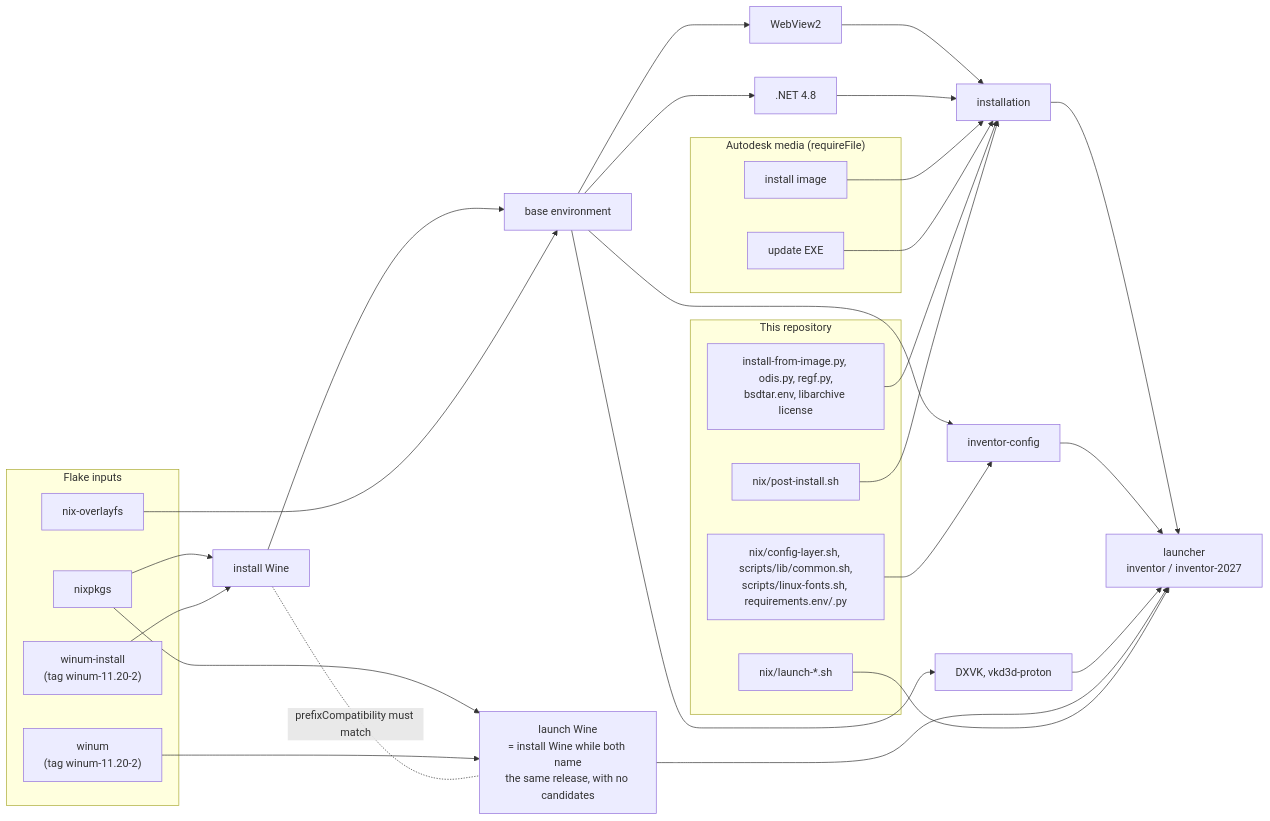
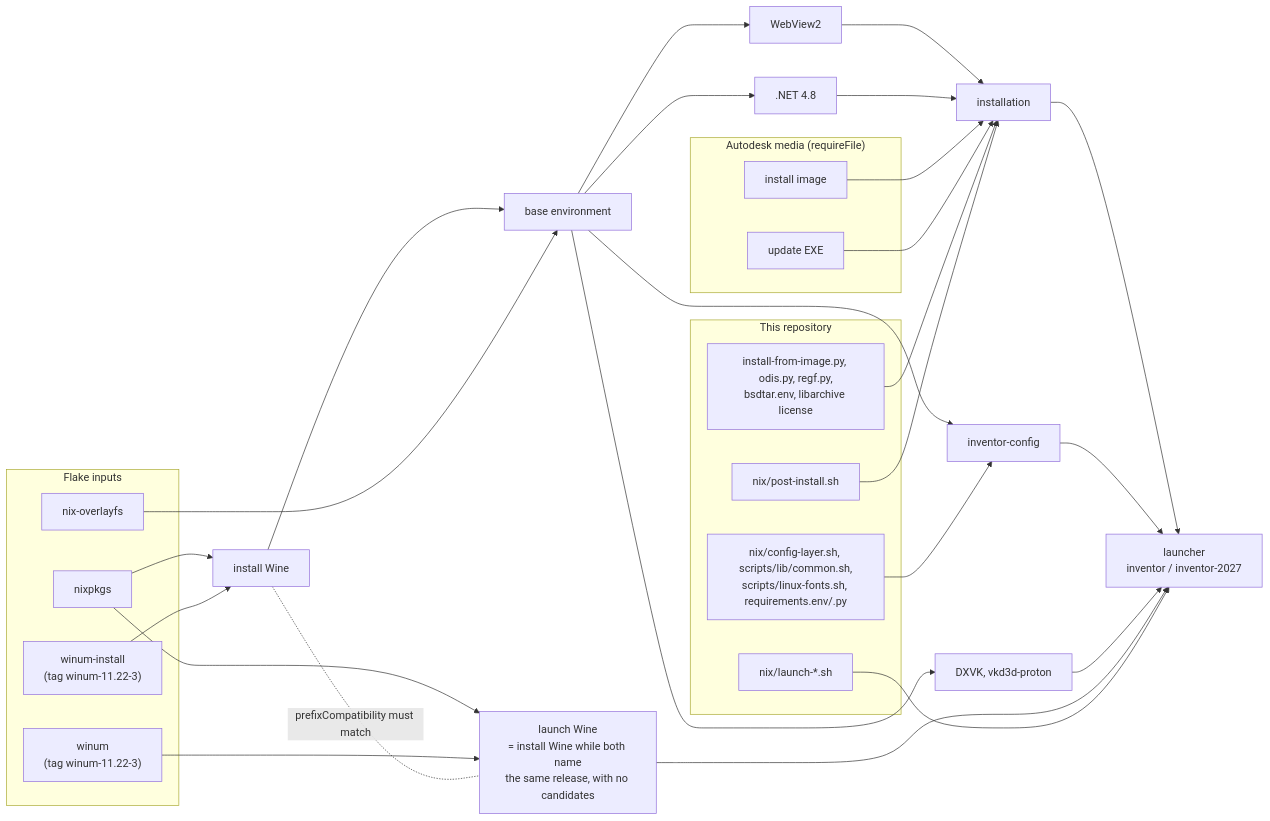
One commit to Harvi654/Autodesk-Inventor-for-Linux changed the second of 2 diagrams in nix/LAYERS.md. Above: the diagram before and after it, drawn with Mermaid. The commit also changed 8 other files, not shown here.

````diff
--- a/nix/LAYERS.md
+++ b/nix/LAYERS.md
@@ -63,55 +63,55 @@
 ```mermaid
 flowchart LR
     subgraph inputs["Flake inputs"]
         np["nixpkgs"]
         no["nix-overlayfs"]
-        wi_i["winum-install<br/>(tag winum-11.20-2)"]
-        wi["winum<br/>(tag winum-11.20-2)"]
+        wi_i["winum-install<br/>(tag winum-11.22-3)"]
+        wi["winum<br/>(tag winum-11.22-3)"]
     end
     subgraph repo["This repository"]
         inst["install-from-image.py, odis.py, regf.py,<br/>bsdtar.env, libarchive license"]
         post["nix/post-install.sh"]
         cfgsh["nix/config-layer.sh, scripts/lib/common.sh,<br/>scripts/linux-fonts.sh, requirements.env/.py"]
         launch["nix/launch-*.sh"]
     end
     subgraph autodesk["Autodesk media (requireFile)"]
         media["install image"]
         upd["update EXE"]
     end
 
     wine["install Wine"]
     launchWine["launch Wine<br/>= install Wine while both name<br/>the same release, with no candidates"]
     envL["base environment"]
     wv2["WebView2"]
     net[".NET 4.8"]
     instL["installation"]
     cfgL["inventor-config"]
     gfx["DXVK, vkd3d-proton"]
     launcher["launcher<br/>inventor / inventor-2027"]
 
     np --> wine
     wi_i --> wine
     wine --> envL
     no --> envL
     envL --> wv2
     envL --> net
     wv2 --> instL
     net --> instL
     media --> instL
     upd --> instL
     inst --> instL
     post --> instL
     envL --> cfgL
     cfgsh --> cfgL
     envL --> gfx
 
     np --> launchWine
     wi --> launchWine
     instL --> launcher
     cfgL --> launcher
     gfx --> launcher
     launchWine --> launcher
     launch --> launcher
 
     wine -. "prefixCompatibility must match" .- launchWine
 ```
````
